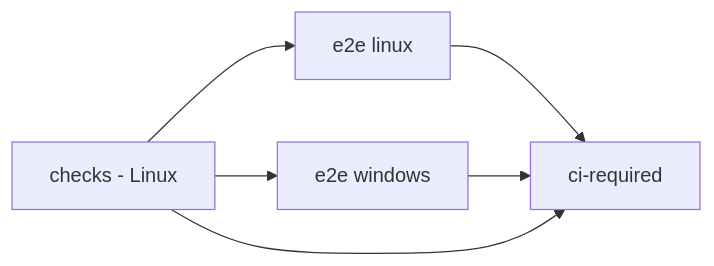
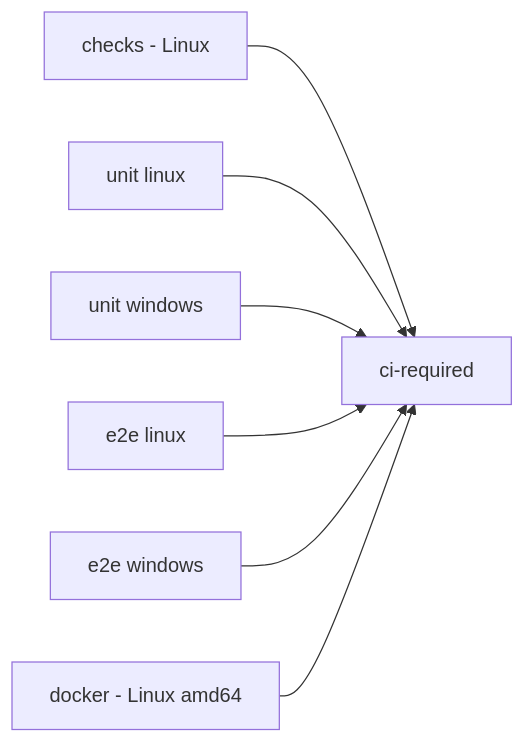
One commit to kxlion/mcp-relay changed the diagram in docs/ci.md. Above: the diagram before and after it, drawn with Mermaid. The commit also changed other lines of this file and 10 other files, not shown here.

First line of the commit message:
CI: unit tests on Windows, Docker on changes, release gates, installer checks

````diff
--- a/docs/ci.md
+++ b/docs/ci.md
@@ -17,8 +18,9 @@
 ```mermaid
 flowchart LR
-    Checks[checks - Linux] --> Linux[e2e linux]
-    Checks --> Windows[e2e windows]
-    Linux --> Gate[ci-required]
-    Windows --> Gate
-    Checks --> Gate
+    Checks[checks - Linux] --> Gate[ci-required]
+    UnitL[unit linux] --> Gate
+    UnitW[unit windows] --> Gate
+    E2EL[e2e linux] --> Gate
+    E2EW[e2e windows] --> Gate
+    Docker[docker - Linux amd64] --> Gate
 ```
````
